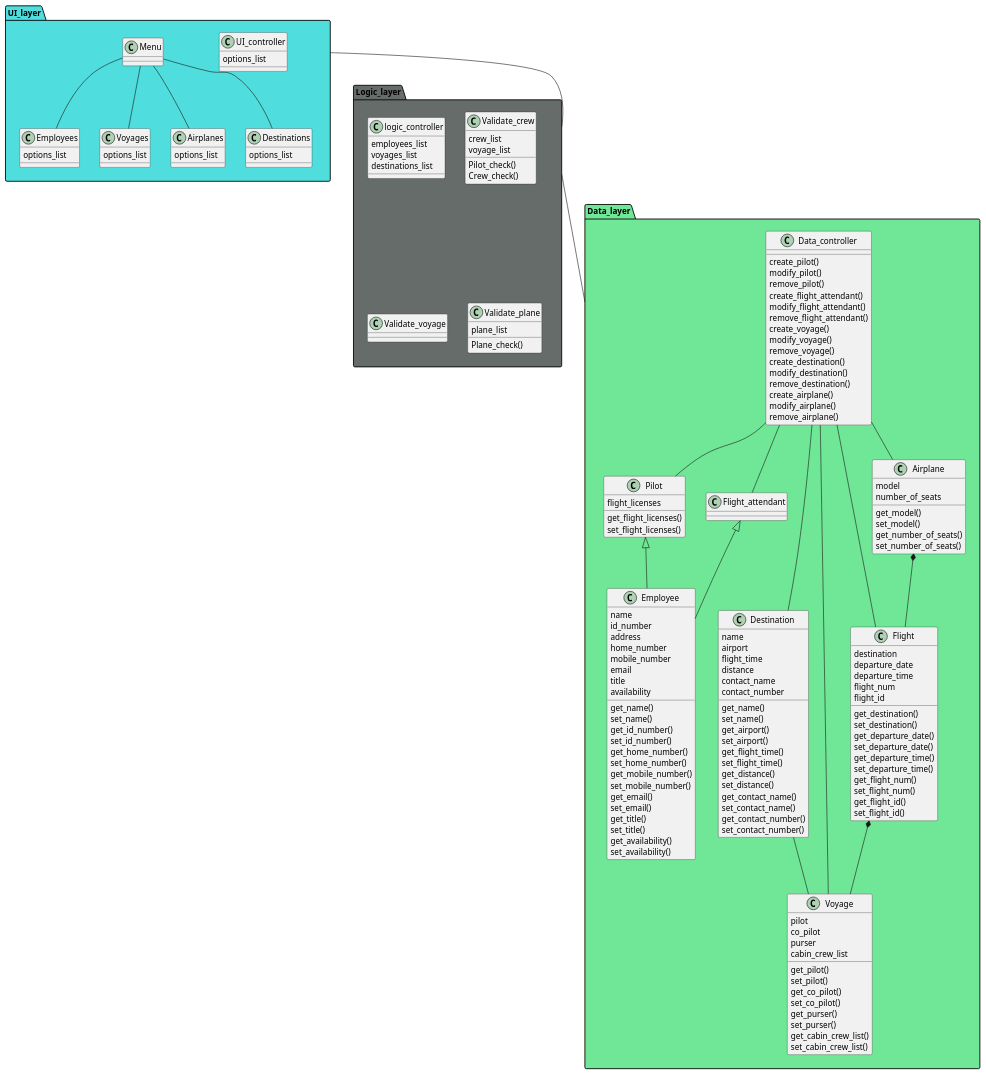
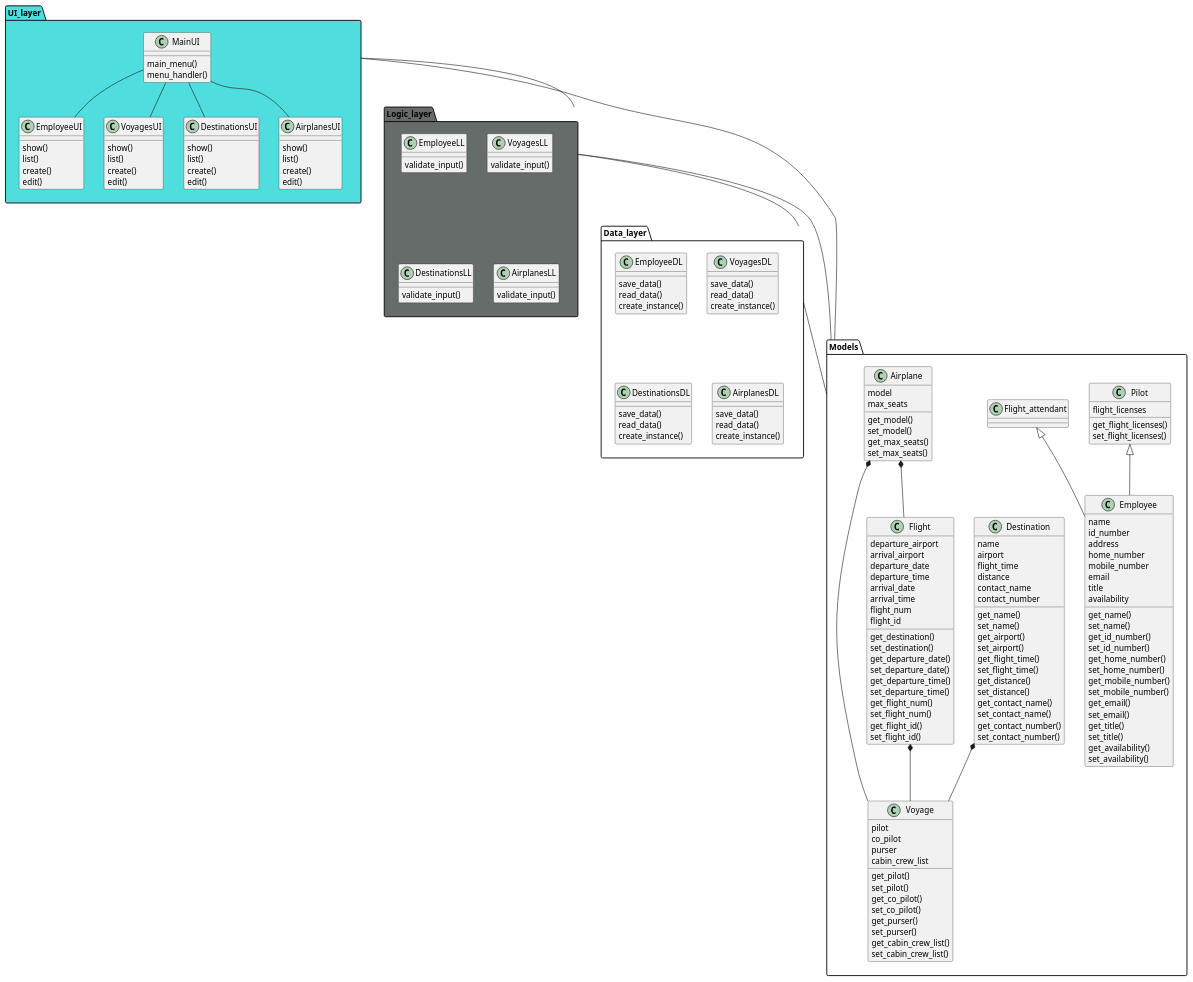
The diagram in ClassDiagram.puml (irmalexandra/vln1_chuck_nan), drawn with PlantUML before and after one commit. The commit also changed other lines of this file, not shown here.

```diff
--- a/ClassDiagram.puml
+++ b/ClassDiagram.puml
@@ -4,24 +1,93 @@
-@startuml
+@startuml NaNAirlines
+
+package UI_layer #4FDEDD {
+  class MainUI{
+    main_menu()
+    menu_handler()
+  }
+
+  class EmployeeUI{
+    show()
+    list()
+    create()
+    edit()
+  }
+  class VoyagesUI{
+    show()
+    list()
+    create()
+    edit()
+  }
+  class DestinationsUI{
+    show()
+    list()
+    create()
+    edit()
+  }
+  class AirplanesUI{
+    show()
+    list()
+    create()
+    edit()
+  }
+  MainUI -- EmployeeUI
+  MainUI -- VoyagesUI
+  MainUI -- DestinationsUI
+  MainUI -- AirplanesUI
+}
+
+package Logic_layer #666C69 {
+
+  class EmployeeLL{
+    validate_input()
+    
+  }
+  class VoyagesLL{
+    validate_input()
+    
+  }
+  class DestinationsLL{
+    validate_input()
+    
+  }
+  class AirplanesLL{
+    validate_input()
+    
+  }
+
+}
+
+package Data_layer{
+
+  class EmployeeDL{
+    save_data()
+    read_data()
+    create_instance()
+  }
+  class VoyagesDL{
+    save_data()
+    read_data()
+    create_instance()
+    
+  }
+  class DestinationsDL{
+    save_data()
+    read_data()
+    create_instance()
+    
+  }
+  class AirplanesDL{
+    save_data()
+    read_data()
+    create_instance()
+    
+  }
+  
+}
 
 
-package Data_layer #70e697 {
-class Data_controller{
-  create_pilot()
-  modify_pilot()
-  remove_pilot()
-  create_flight_attendant()
-  modify_flight_attendant()
-  remove_flight_attendant()
-  create_voyage()
-  modify_voyage()
-  remove_voyage()
-  create_destination()
-  modify_destination()
-  remove_destination()
-  create_airplane()
-  modify_airplane()
-  remove_airplane()
-  }
+
+package Models{
 
 
 class Employee {
@@ -52,6 +118,7 @@
 
 class Flight_attendant{
 }
+
 class Pilot{
   flight_licenses
 
@@ -80,6 +147,7 @@
   get_contact_number()
   set_contact_number()
 }
+
 class Voyage{
   pilot
   co_pilot
@@ -96,10 +164,14 @@
   set_cabin_crew_list()
 
 }
+
 class Flight{
-  destination
+  departure_airport
+  arrival_airport
   departure_date
   departure_time
+  arrival_date
+  arrival_time
   flight_num
   flight_id
 
@@ -117,85 +189,31 @@
 
 class Airplane{
   model
-  number_of_seats
+  max_seats
 
   get_model()
   set_model()
-  get_number_of_seats()
-  set_number_of_seats()
+  get_max_seats()
+  set_max_seats()
 }
 
-
-Data_controller -- Flight_attendant
-Data_controller -- Pilot
 Employee -up-|> Flight_attendant
 Employee -up-|> Pilot
-Data_controller -- Voyage
-Data_controller -- Destination
-Destination -- Voyage
-Data_controller -- Airplane
+Destination *-- Voyage
 Airplane *-- Flight
-Data_controller -- Flight
+Airplane *-- Voyage
 Flight *-- Voyage
-
-
-
 
 }
 
 
-package UI_layer #4FDEDD {
-class UI_controller{
-  options_list
-}
-  class Employees{
-  options_list
-}
-class Voyages{
-  options_list
-}
-class Airplanes{
-  options_list
-}
-class Destinations{
-  options_list
-}
-Menu -- Employees
-Menu -- Voyages
-Menu -- Destinations
-Menu -- Airplanes
-}
-
-
-
-package Logic_layer #666C69 {
-class logic_controller{
-  employees_list
-  voyages_list
-  destinations_list
-}
-class Validate_crew{
-  crew_list
-  voyage_list
-  Pilot_check()
-  Crew_check()
-}
-class Validate_voyage{
-  
-  
-  }
-class Validate_plane{
-  plane_list
-  Plane_check()
-  }
-}
 
 UI_layer -down- Logic_layer
 Logic_layer -down- Data_layer
 
-
-
-
+UI_layer -- Models
+Logic_layer -- Models
+Data_layer -- Models
 
 
 @enduml
```
